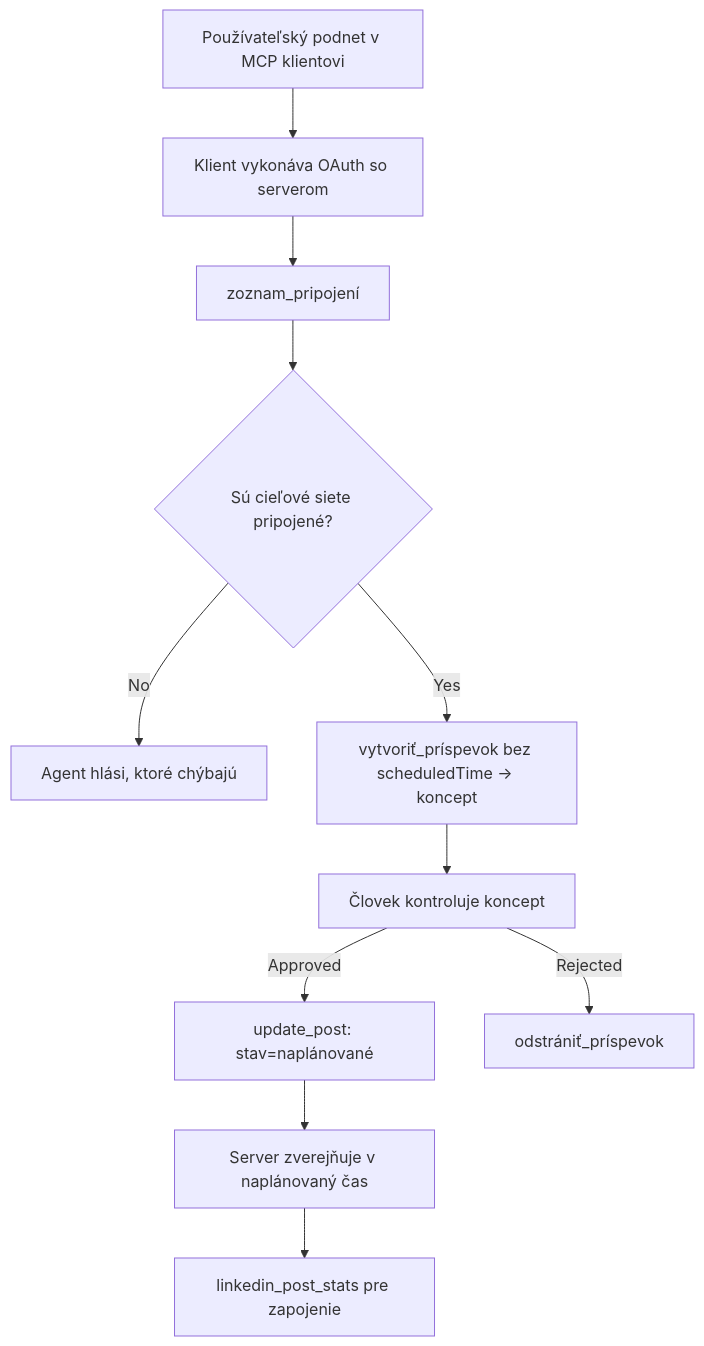
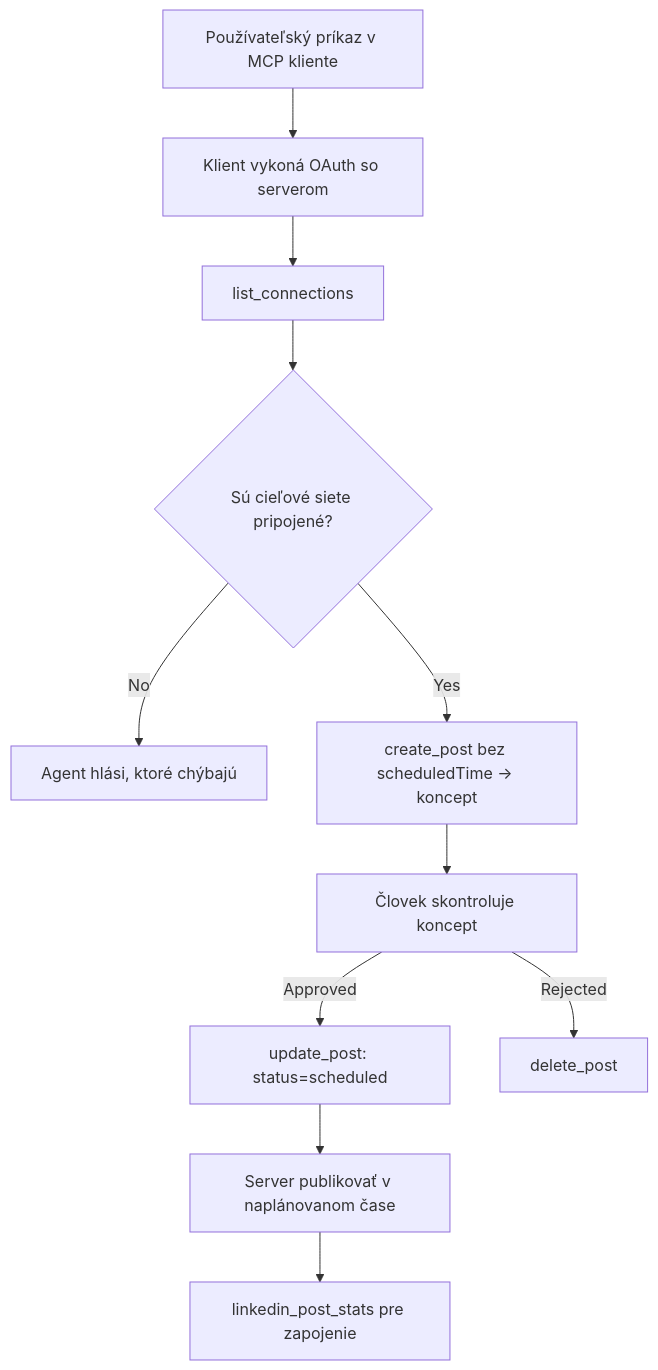
One commit to microsoft/mcp-for-beginners changed the diagram in translations/sk/09-CaseStudy/publora-social-publishing.md. Above: the diagram before and after it, drawn with Mermaid. The commit also changed other lines of this file and 145 other files, not shown here.

````diff
--- a/translations/sk/09-CaseStudy/publora-social-publishing.md
+++ b/translations/sk/09-CaseStudy/publora-social-publishing.md
@@ -47,13 +47,13 @@
 ```mermaid
 flowchart TD
-    A[Používateľský podnet v MCP klientovi] --> B[Klient vykonáva OAuth so serverom]
-    B --> C[zoznam_pripojení]
+    A[Používateľský príkaz v MCP kliente] --> B[Klient vykoná OAuth so serverom]
+    B --> C[list_connections]
     C --> D{Sú cieľové siete pripojené?}
     D -- No --> E[Agent hlási, ktoré chýbajú]
-    D -- Yes --> F[vytvoriť_príspevok bez scheduledTime -> koncept]
-    F --> G[Človek kontroluje koncept]
-    G -- Approved --> H[update_post: stav=naplánované]
-    G -- Rejected --> I[odstrániť_príspevok]
-    H --> J[Server zverejňuje v naplánovaný čas]
+    D -- Yes --> F[create_post bez scheduledTime -> koncept]
+    F --> G[Človek skontroluje koncept]
+    G -- Approved --> H[update_post: status=scheduled]
+    G -- Rejected --> I[delete_post]
+    H --> J[Server publikovať v naplánovanom čase]
     J --> K[linkedin_post_stats pre zapojenie]
 ```
````
